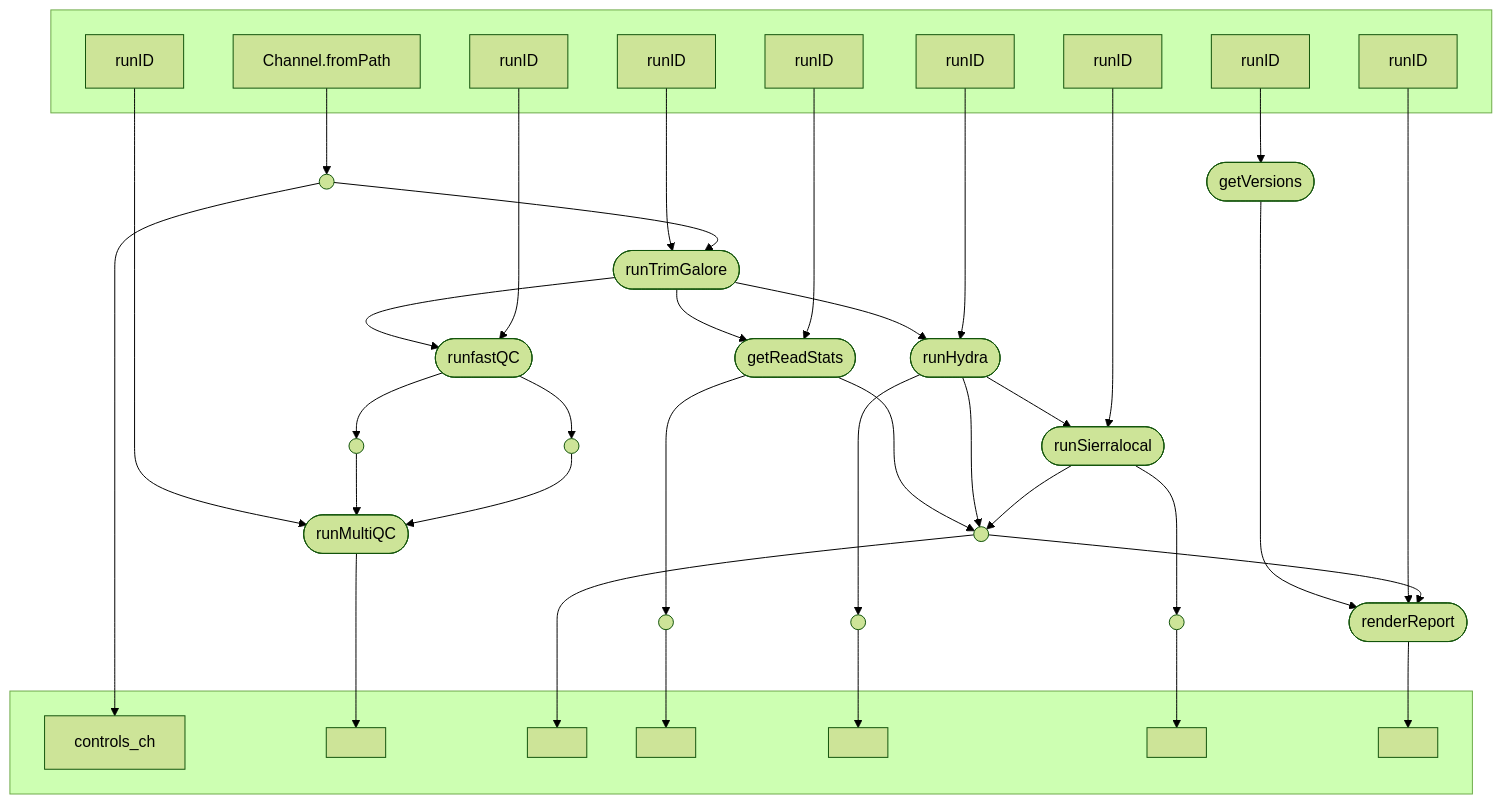
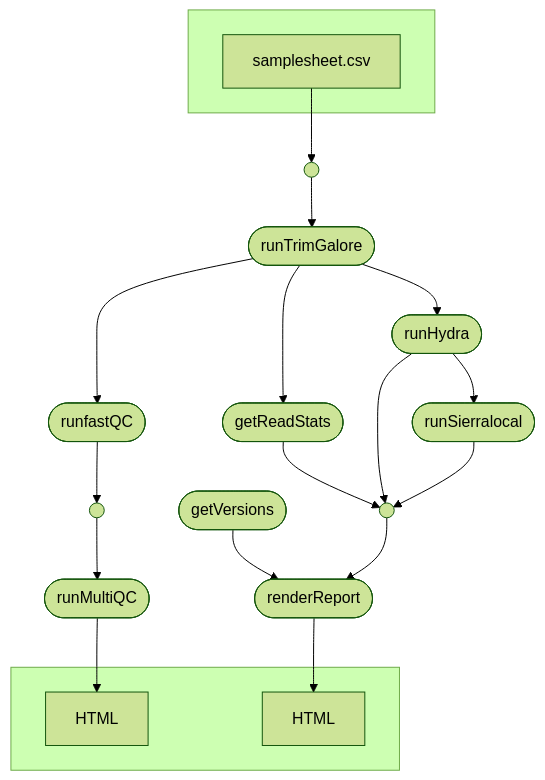
Before and after one commit to phesketh-igtp/HUGTiP-HIV-1.nf: the diagram in png/pipeline.md, drawn with Mermaid (forest theme). The commit also changed 3 other files, not shown here.

````diff
--- a/png/pipeline.md
+++ b/png/pipeline.md
@@ -1,71 +1,36 @@
 ```mermaid
 flowchart TB
     subgraph " "
-    v0["Channel.fromPath"]
-    v5["runID"]
-    v7["runID"]
-    v9["runID"]
-    v13["runID"]
-    v15["runID"]
-    v18["runID"]
-    v20["runID"]
-    v32["runID"]
+    v0["samplesheet.csv"]
     end
     subgraph " "
-    v4["controls_ch"]
-    v17[" "]
-    v25[" "]
-    v27[" "]
-    v29[" "]
-    v31[" "]
-    v34[" "]
+    v17["HTML"]
+    v34["HTML"]
     end
     v6([getVersions])
     v8([runTrimGalore])
     v10([runfastQC])
     v14([getReadStats])
     v16([runMultiQC])
     v19([runHydra])
     v21([runSierralocal])
     v33([renderReport])
     v1(( ))
     v11(( ))
-    v12(( ))
     v22(( ))
-    v26(( ))
-    v28(( ))
-    v30(( ))
     v0 --> v1
-    v1 --> v4
-    v5 --> v6
     v6 --> v33
-    v7 --> v8
     v1 --> v8
     v8 --> v10
     v8 --> v14
     v8 --> v19
-    v9 --> v10
     v10 --> v11
-    v10 --> v12
-    v13 --> v14
     v14 --> v22
-    v14 --> v26
-    v15 --> v16
     v11 --> v16
-    v12 --> v16
     v16 --> v17
-    v18 --> v19
     v19 --> v21
     v19 --> v22
-    v19 --> v28
-    v20 --> v21
     v21 --> v22
-    v21 --> v30
-    v22 --> v25
-    v26 --> v27
-    v28 --> v29
-    v30 --> v31
-    v32 --> v33
     v22 --> v33
     v33 --> v34
 ```
````
